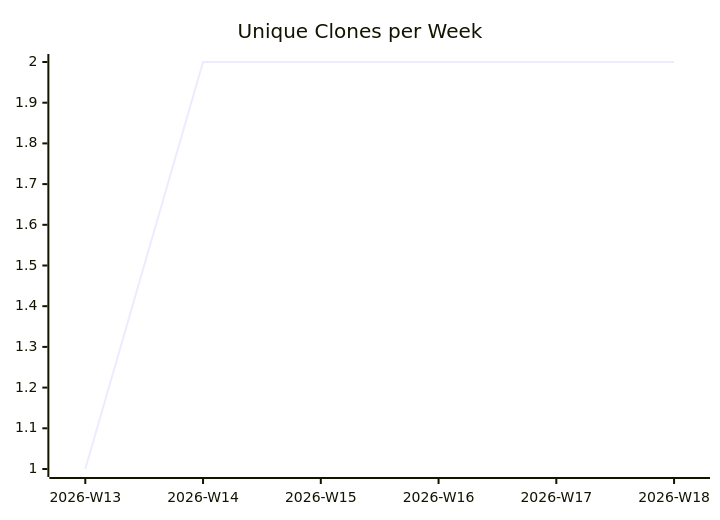
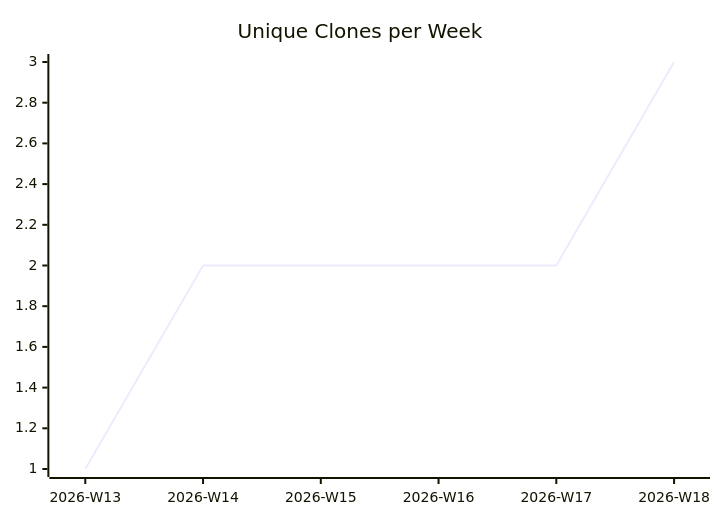
The third of 3 diagrams in karlmdavis/hello-rust-actix/README.md (justdavis-family/github-analytics-data), drawn with Mermaid before and after one commit. The commit also changed other lines of this file and 187 other files, not shown here.

````diff
--- a/karlmdavis/hello-rust-actix/README.md
+++ b/karlmdavis/hello-rust-actix/README.md
@@ -19,6 +19,6 @@
 ```mermaid
 xychart-beta
   title "Unique Clones per Week"
   x-axis ["2026-W13", "2026-W14", "2026-W15", "2026-W16", "2026-W17", "2026-W18"]
-  line [1, 2, 2, 2, 2, 2]
+  line [1, 2, 2, 2, 2, 3]
 ```
````
